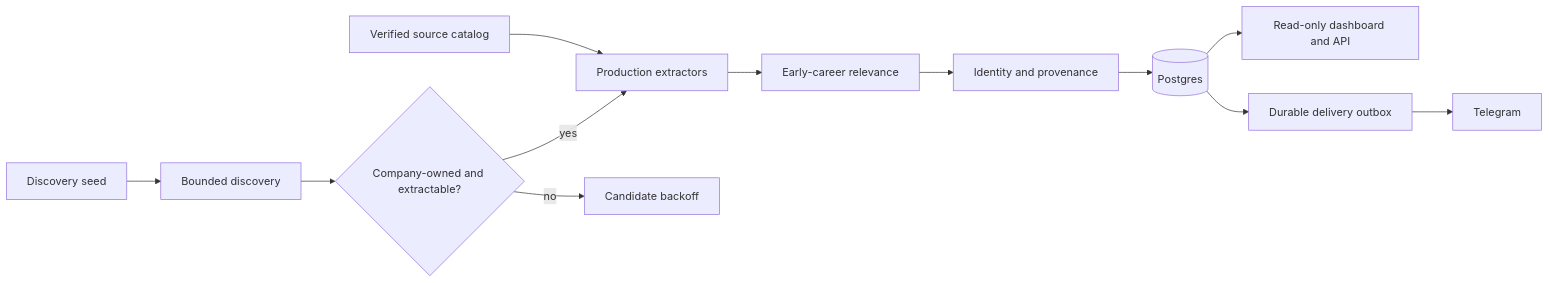
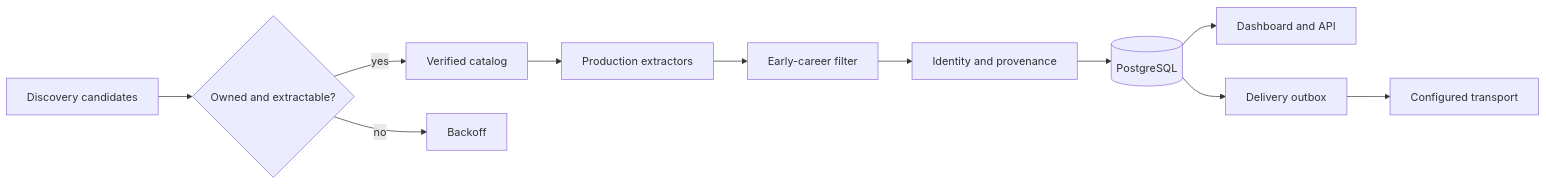
One commit to hwennnn/radar changed the diagram in README.md. Above: the diagram before and after it, drawn with Mermaid. The commit also changed other lines of this file and 2 other files, not shown here.

````diff
--- a/README.md
+++ b/README.md
@@ -79,14 +67,13 @@
 ```mermaid
 flowchart LR
-    Seeds[Discovery seed] --> Discover[Bounded discovery]
-    Catalog[Verified source catalog] --> Extract[Production extractors]
-    Discover --> Verify{Company-owned and extractable?}
-    Verify -->|yes| Extract
-    Verify -->|no| Backoff[Candidate backoff]
-    Extract --> Filter[Early-career relevance]
+    Seed[Discovery candidates] --> Verify{Owned and extractable?}
+    Catalog[Verified catalog] --> Extract[Production extractors]
+    Verify -->|yes| Catalog
+    Verify -->|no| Retry[Backoff]
+    Extract --> Filter[Early-career filter]
     Filter --> Identity[Identity and provenance]
-    Identity --> DB[(Postgres)]
-    DB --> Web[Read-only dashboard and API]
-    DB --> Outbox[Durable delivery outbox]
-    Outbox --> Telegram[Telegram]
+    Identity --> DB[(PostgreSQL)]
+    DB --> API[Dashboard and API]
+    DB --> Outbox[Delivery outbox]
+    Outbox --> Transport[Configured transport]
 ```
````
